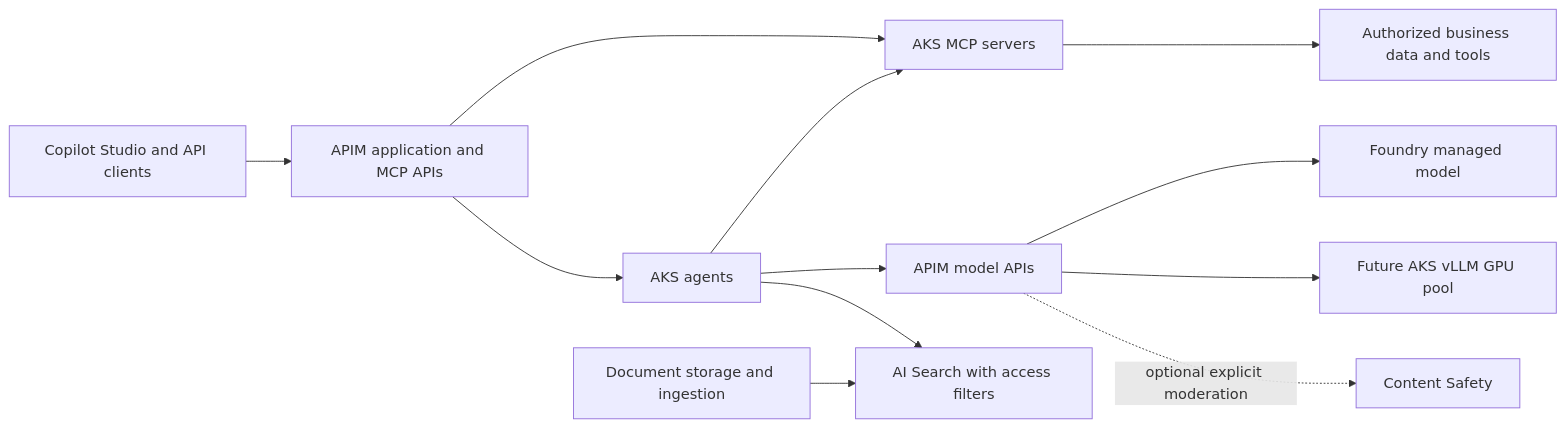
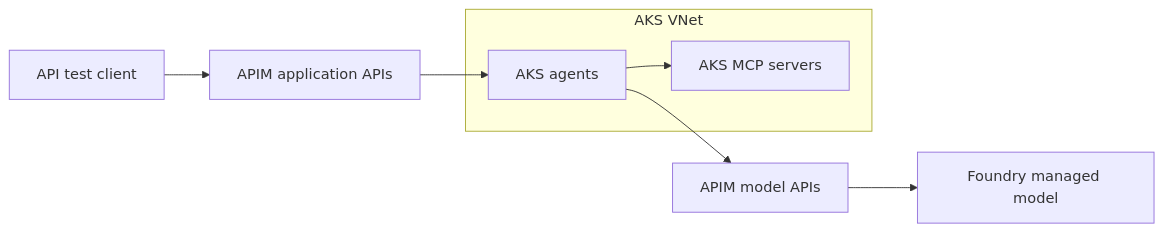
One commit to kxw9298/enterprise-ai-platform-poc changed the diagram in docs/decisions/0003-adapt-ai-landing-zone-for-aks.md. Above: the diagram before and after it, drawn with Mermaid. The commit also changed other lines of this file and 3 other files, not shown here.

Commit message:
docs: simplify initial AKS networking and defer Copilot and RAG

````diff
--- a/docs/decisions/0003-adapt-ai-landing-zone-for-aks.md
+++ b/docs/decisions/0003-adapt-ai-landing-zone-for-aks.md
@@ -29,14 +31,12 @@
 ```mermaid
 flowchart LR
-    C[Copilot Studio and API clients] --> I[APIM application and MCP APIs]
-    I --> A[AKS agents]
-    I --> T[AKS MCP servers]
-    A --> T
+    C[API test client] --> I[APIM application APIs]
+    subgraph N[AKS VNet]
+        A[AKS agents]
+        T[AKS MCP servers]
+        A --> T
+    end
+    I --> A
     A --> G[APIM model APIs]
     G --> F[Foundry managed model]
-    G --> V[Future AKS vLLM GPU pool]
-    A --> S[AI Search with access filters]
-    D[Document storage and ingestion] --> S
-    T --> B[Authorized business data and tools]
-    G -. optional explicit moderation .-> CS[Content Safety]
 ```
````
